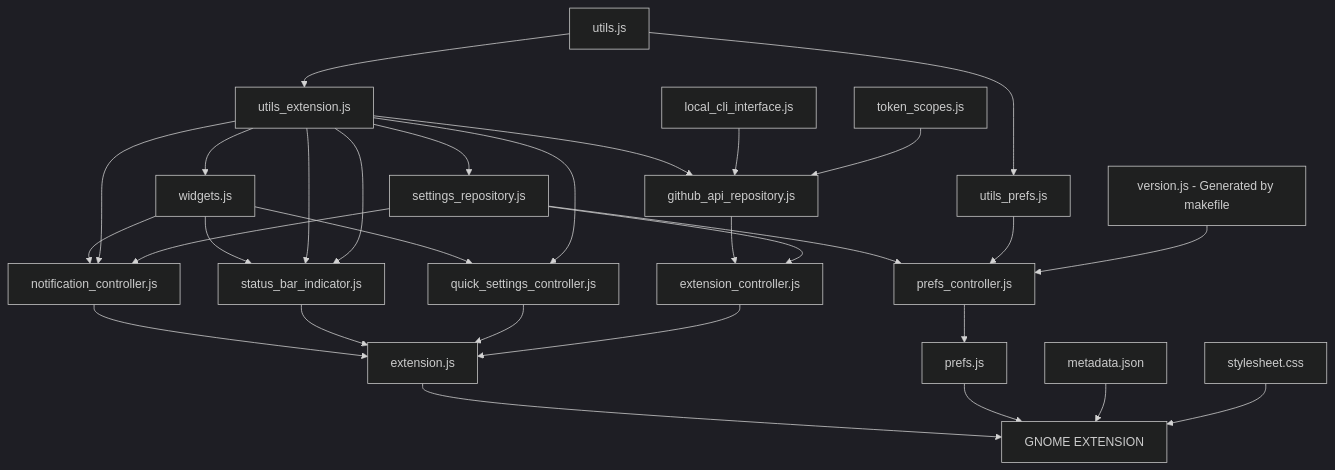
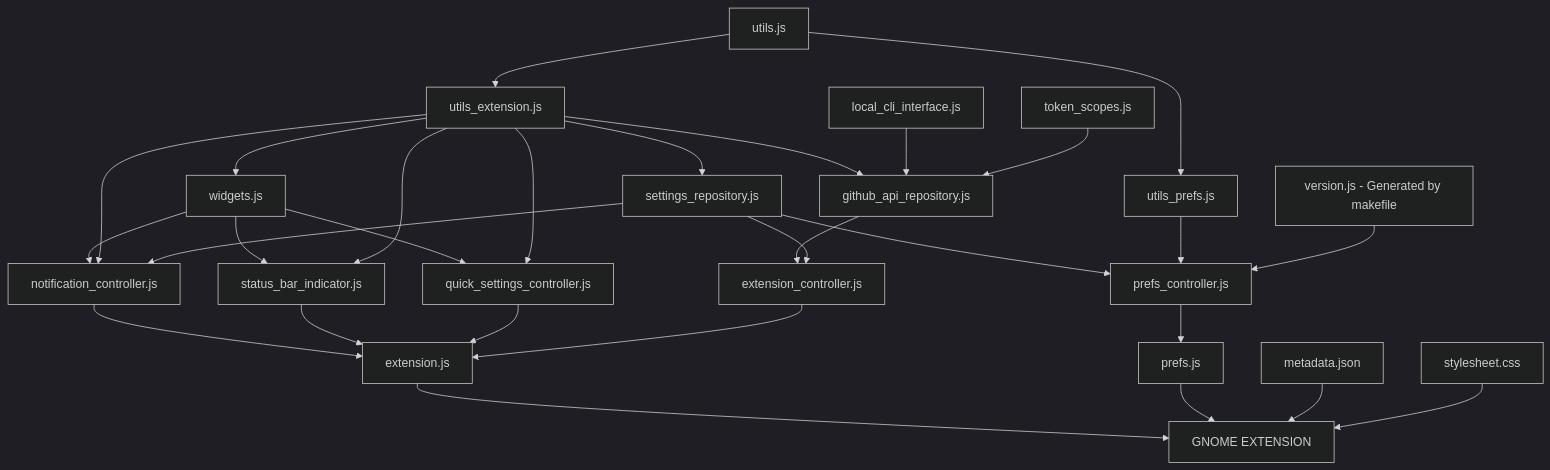
One commit to arononak/github-actions-gnome-extension changed the diagram in README.md. Above: the diagram before and after it, drawn with Mermaid (dark theme).

````diff
--- a/README.md
+++ b/README.md
@@ -32,34 +32,33 @@
 ```mermaid
 graph TD;
-    utils.js-->utils_extension.js;
-    utils_extension.js-->github_api_repository.js;
-    local_cli_interface.js-->github_api_repository.js;
-    token_scopes.js-->github_api_repository.js;
-    github_api_repository.js-->extension_controller.js;
-    widgets.js-->status_bar_indicator.js;
-    widgets.js-->notification_controller.js;
-    notification_controller.js-->extension.js;
-    status_bar_indicator.js-->extension.js;
-    settings_repository.js-->extension_controller.js;
-    quick_settings_controller.js-->extension.js;
-    widgets.js-->quick_settings_controller.js;
-    extension_controller.js-->extension.js;
-    utils_extension.js-->status_bar_indicator.js;
-    utils_extension.js-->settings_repository.js;
-    settings_repository.js-->prefs_controller.js;
+    utils.js-->utils_extension.js
+    utils_extension.js-->github_api_repository.js
+    local_cli_interface.js-->github_api_repository.js
+    token_scopes.js-->github_api_repository.js
+    github_api_repository.js-->extension_controller.js
+    widgets.js-->status_bar_indicator.js
+    widgets.js-->notification_controller.js
+    notification_controller.js-->extension.js
+    status_bar_indicator.js-->extension.js
+    settings_repository.js-->extension_controller.js
+    quick_settings_controller.js-->extension.js
+    widgets.js-->quick_settings_controller.js
+    extension_controller.js-->extension.js
+    utils_extension.js-->settings_repository.js
+    settings_repository.js-->prefs_controller.js
     utils.js-->utils_prefs.js;
     utils_prefs.js-->prefs_controller.js;
     prefs_controller.js-->prefs.js
     utils_extension.js-->widgets.js
     utils_extension.js-->quick_settings_controller.js
     utils_extension.js-->status_bar_indicator.js
     utils_extension.js-->notification_controller.js
     settings_repository.js-->notification_controller.js
 
     version.js[version.js - Generated by makefile]-->prefs_controller.js;
 
     extension.js-->EXTENSION[GNOME EXTENSION]
     prefs.js-->EXTENSION[GNOME EXTENSION]
     metadata.json-->EXTENSION[GNOME EXTENSION]
     stylesheet.css-->EXTENSION[GNOME EXTENSION]
 ```
````
